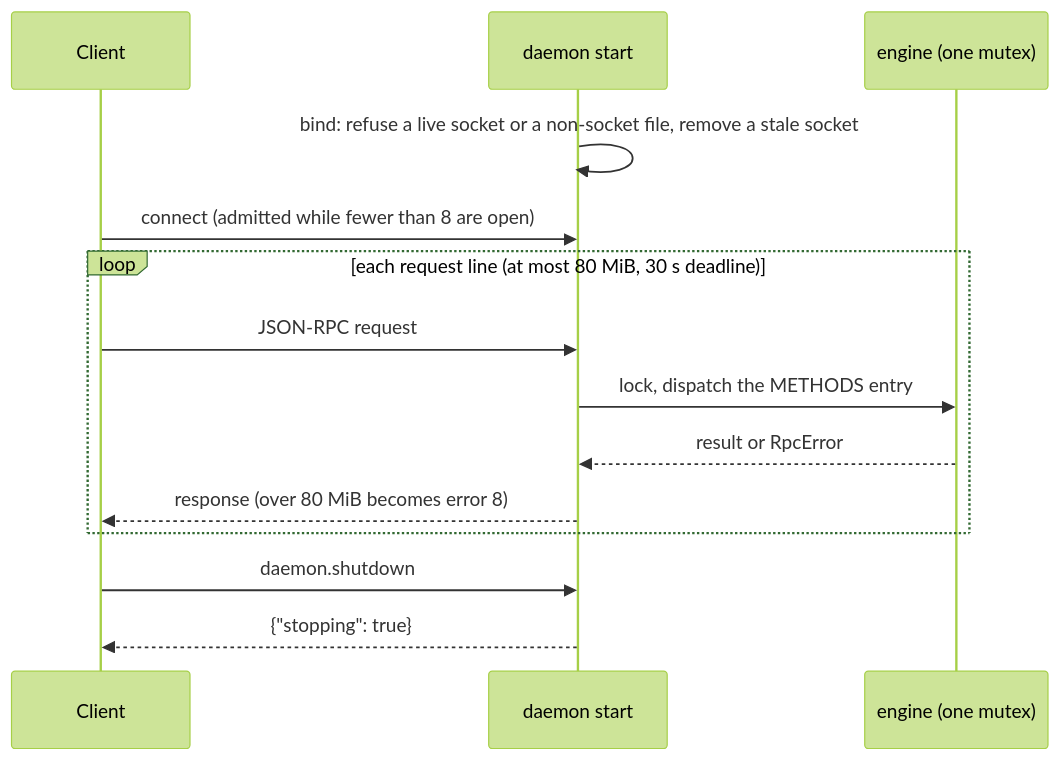
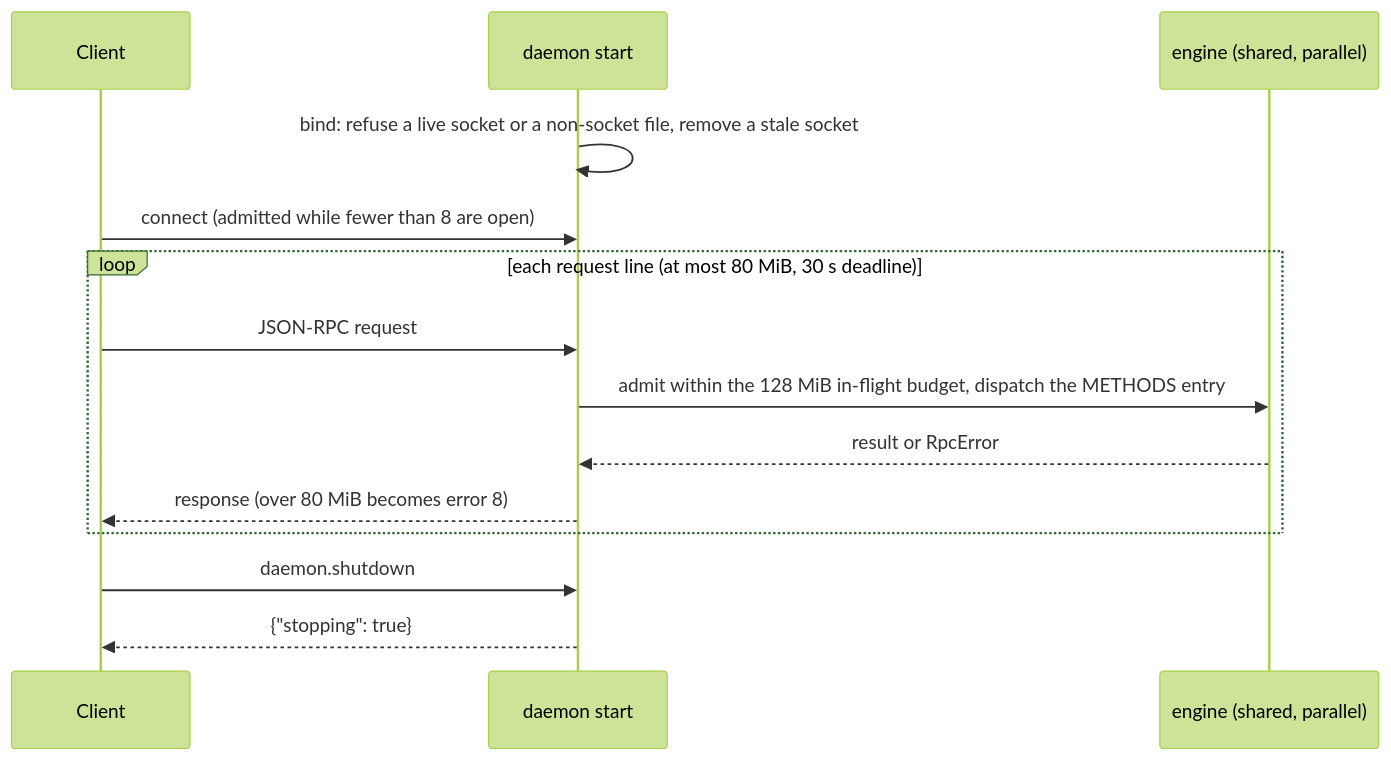
The second of 2 diagrams in docs/API_AND_IPC.md (Louranicas/deep-diff-forge), drawn with Mermaid (forest theme) before and after one commit. The commit also changed other lines of this file and 10 other files, not shown here.

````diff
--- a/docs/API_AND_IPC.md
+++ b/docs/API_AND_IPC.md
@@ -308,17 +317,17 @@
 ```mermaid
 sequenceDiagram
     participant Client
     participant Server as daemon start
-    participant Engine as engine (one mutex)
+    participant Engine as engine (shared, parallel)
 
     Server->>Server: bind: refuse a live socket or a non-socket file, remove a stale socket
     Client->>Server: connect (admitted while fewer than 8 are open)
     loop each request line (at most 80 MiB, 30 s deadline)
         Client->>Server: JSON-RPC request
-        Server->>Engine: lock, dispatch the METHODS entry
+        Server->>Engine: admit within the 128 MiB in-flight budget, dispatch the METHODS entry
         Engine-->>Server: result or RpcError
         Server-->>Client: response (over 80 MiB becomes error 8)
     end
     Client->>Server: daemon.shutdown
     Server-->>Client: {"stopping": true}
 ```
````
